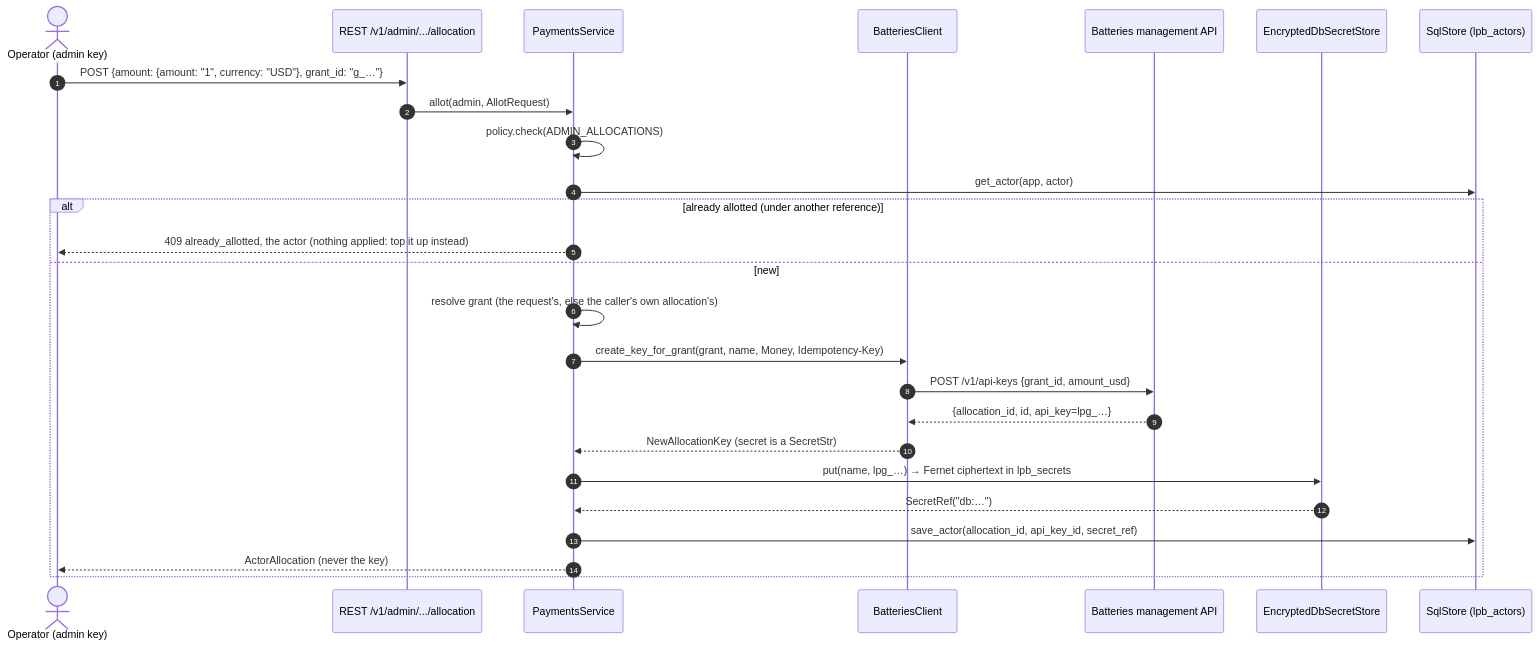
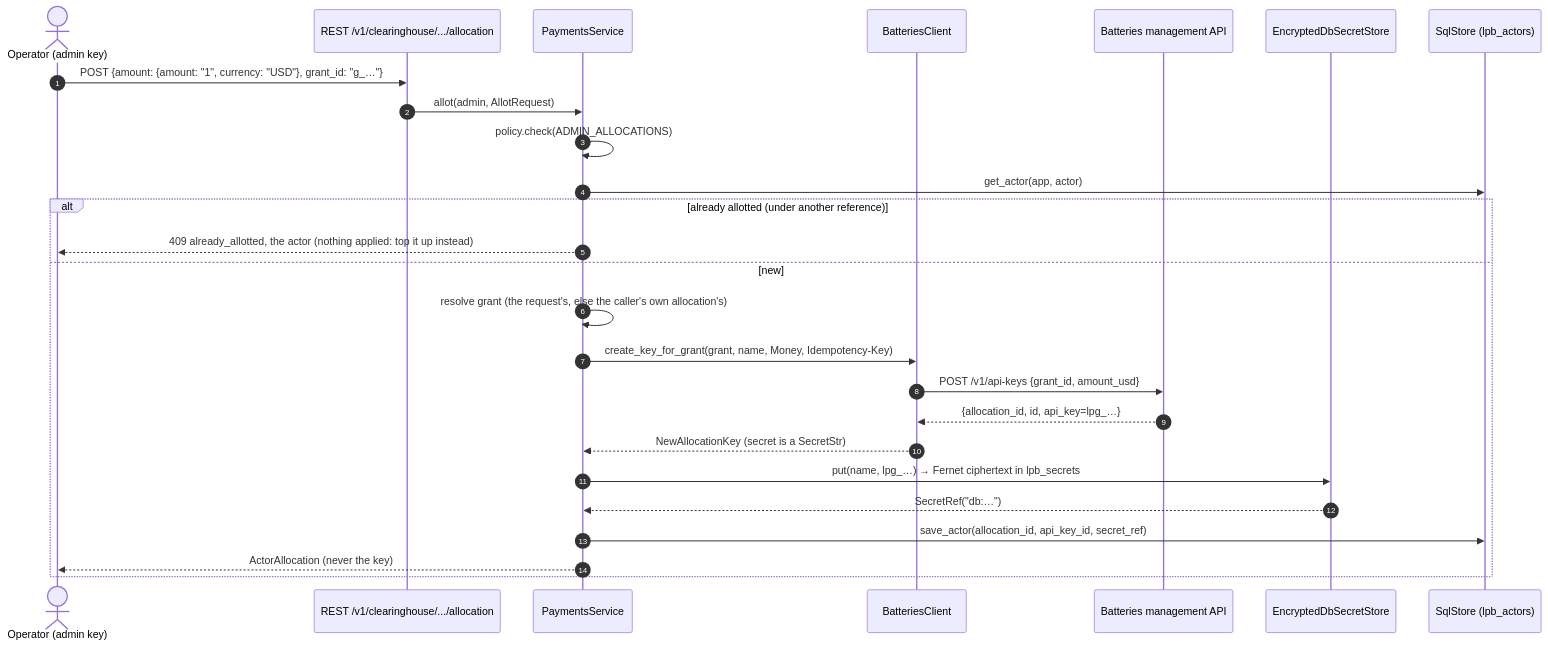
The fifth of 12 diagrams in docs/design-docs/architecture-diagrams.md (NE-Build-Track/livepeer-builder-core), drawn with Mermaid before and after one commit. The commit also changed other lines of this file and 24 other files, not shown here.

First line of the commit message:
refactor(http)!: the admin routes sit under /v1/clearinghouse (#163)

````diff
--- a/docs/design-docs/architecture-diagrams.md
+++ b/docs/design-docs/architecture-diagrams.md
@@ -157,28 +157,28 @@
 ```mermaid
 sequenceDiagram
     autonumber
     actor Op as Operator (admin key)
-    participant H as REST /v1/admin/.../allocation
+    participant H as REST /v1/clearinghouse/.../allocation
     participant Pay as PaymentsService
     participant B as BatteriesClient
     participant Bat as Batteries management API
     participant Sec as EncryptedDbSecretStore
     participant DB as SqlStore (lpb_actors)
     Op->>H: POST {amount: {amount: "1", currency: "USD"}, grant_id: "g_…"}
     H->>Pay: allot(admin, AllotRequest)
     Pay->>Pay: policy.check(ADMIN_ALLOCATIONS)
     Pay->>DB: get_actor(app, actor)
     alt already allotted (under another reference)
         Pay-->>Op: 409 already_allotted, the actor (nothing applied: top it up instead)
     else new
         Pay->>Pay: resolve grant (the request's, else the caller's own allocation's)
         Pay->>B: create_key_for_grant(grant, name, Money, Idempotency-Key)
         B->>Bat: POST /v1/api-keys {grant_id, amount_usd}
         Bat-->>B: {allocation_id, id, api_key=lpg_…}
         B-->>Pay: NewAllocationKey (secret is a SecretStr)
         Pay->>Sec: put(name, lpg_…) → Fernet ciphertext in lpb_secrets
         Sec-->>Pay: SecretRef("db:…")
         Pay->>DB: save_actor(allocation_id, api_key_id, secret_ref)
         Pay-->>Op: ActorAllocation (never the key)
     end
 ```
````
